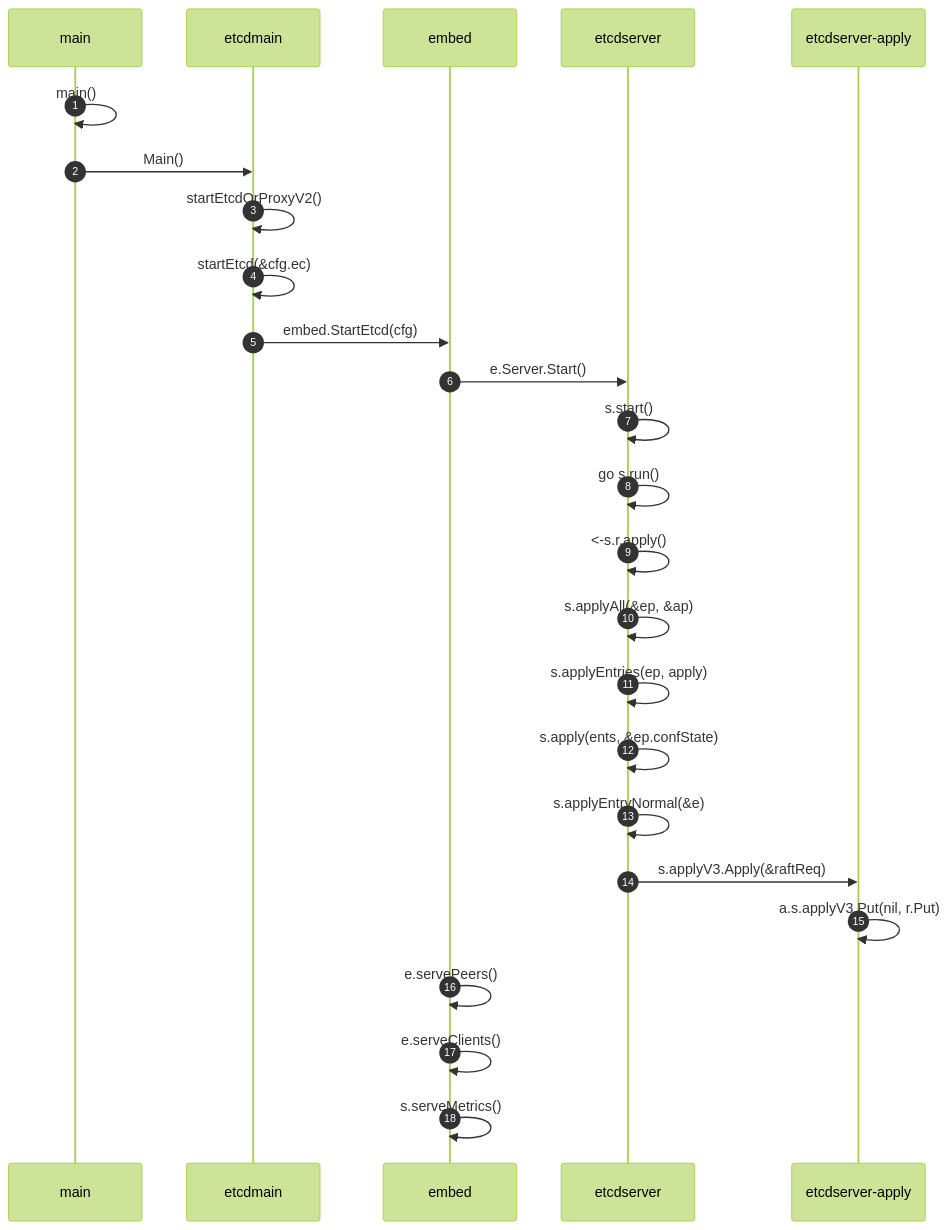
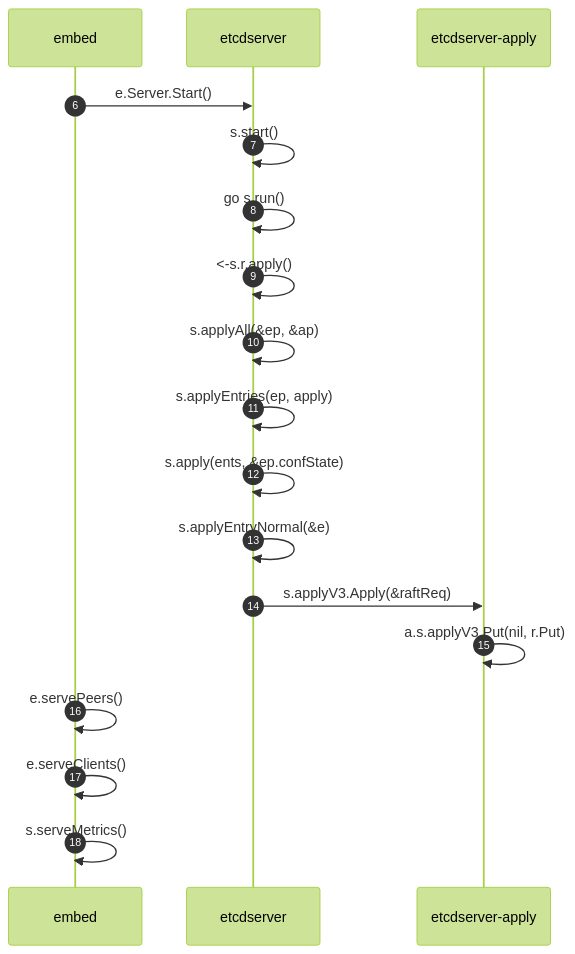
One commit to kangxiaoning/kangxiaoning.github.io changed diagram 12 of 12 in docs/topics/etcd/etcd-watch.md. Above: the diagram before and after it, drawn with Mermaid (forest theme). The commit also changed other lines of this file, not shown here.

````diff
--- a/docs/topics/etcd/etcd-watch.md
+++ b/docs/topics/etcd/etcd-watch.md
@@ -1666,22 +1692,17 @@
 ```mermaid
 sequenceDiagram
-  autonumber
-  main->>main: main()
-  main->>etcdmain: Main()
-  etcdmain->>etcdmain: startEtcdOrProxyV2()
-  etcdmain->>etcdmain: startEtcd(&cfg.ec)
-  etcdmain->>embed: embed.StartEtcd(cfg)
+  autonumber 6
   embed->>etcdserver: e.Server.Start()
   etcdserver->>etcdserver: s.start()
   etcdserver->>etcdserver: go s.run()
   etcdserver->>etcdserver: <-s.r.apply()
   etcdserver->>etcdserver: s.applyAll(&ep, &ap)
   etcdserver->>etcdserver: s.applyEntries(ep, apply)
   etcdserver->>etcdserver: s.apply(ents, &ep.confState)
   etcdserver->>etcdserver: s.applyEntryNormal(&e)
   etcdserver->>etcdserver-apply: s.applyV3.Apply(&raftReq)
   etcdserver-apply->>etcdserver-apply:a.s.applyV3.Put(nil, r.Put)
   embed->>embed: e.servePeers()
   embed->>embed: e.serveClients()
   embed->>embed: s.serveMetrics()
 ```
````
